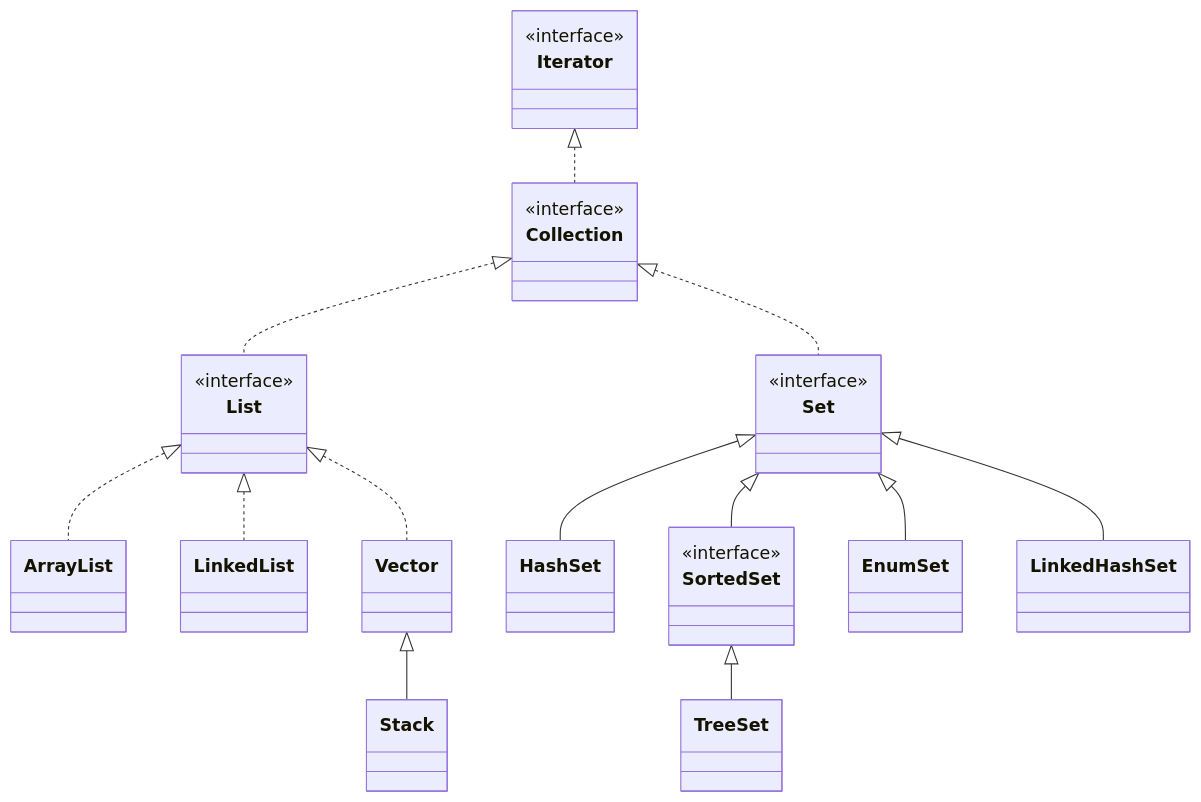
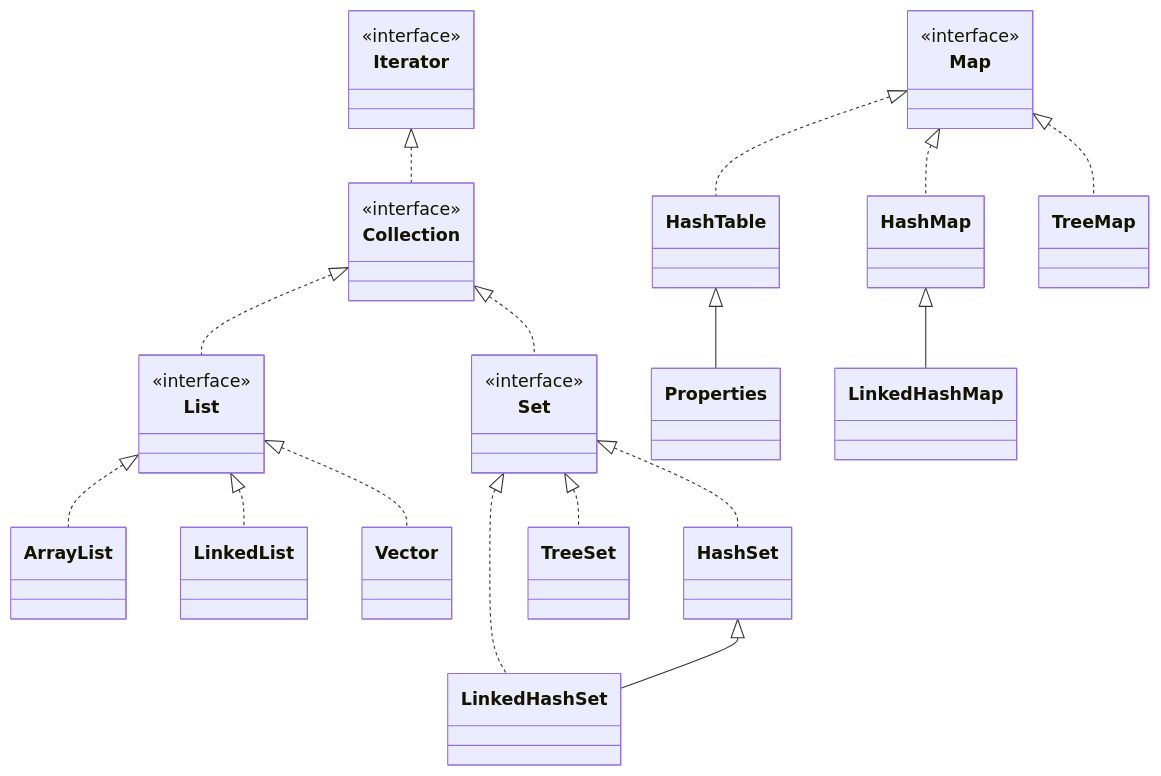
Diagram 12 of 12 in CS/Java/JavaSe.md (zhouxinbin/Notes), drawn with Mermaid before and after one commit. The commit also changed other lines of this file and 27 other files, not shown here.

````diff
--- a/CS/Java/JavaSe.md
+++ b/CS/Java/JavaSe.md
@@ -5263,65 +5263,46 @@
 ```mermaid
 classDiagram
 direction TB
 	Iterator <|.. Collection
 	
     Collection <|.. List
     Collection <|.. Set
 
     List <|.. ArrayList
     List <|.. LinkedList
     List <|.. Vector
     
-    Vector <|-- Stack
-    
-    Set <|-- HashSet
-    Set <|-- SortedSet
-    Set <|-- EnumSet
-    Set <|-- LinkedHashSet
-    SortedSet <|-- TreeSet
+    Set <|.. HashSet
+    Set <|.. LinkedHashSet
+    Set <|.. TreeSet
+	
+	HashSet <|-- LinkedHashSet
     
     class Iterator {
     	<<interface>>
     }
     
     class Collection {
         <<interface>>
     }
     
     class List {
         <<interface>>
     }
 
     class Set {
         <<interface>>
     }
-
-    class ArrayList {
+    
+    class Map {
+    	<<interface>>
     }
-
-    class LinkedList {
-    }
-
-    class Vector {
-    }
-
-    class Stack {
-    }
-
-    class HashSet {
-    }
-
-    class SortedSet {
-        <<interface>>
-    }
-
-    class EnumSet {
-    }
-
-    class LinkedHashSet {
-    }
-
-    class TreeSet {
-    }
+    
+    Map <|.. HashTable
+    Map <|.. HashMap 
+    Map <|.. TreeMap
+    
+    HashTable <|-- Properties
+    HashMap <|-- LinkedHashMap
 
 ```
````
